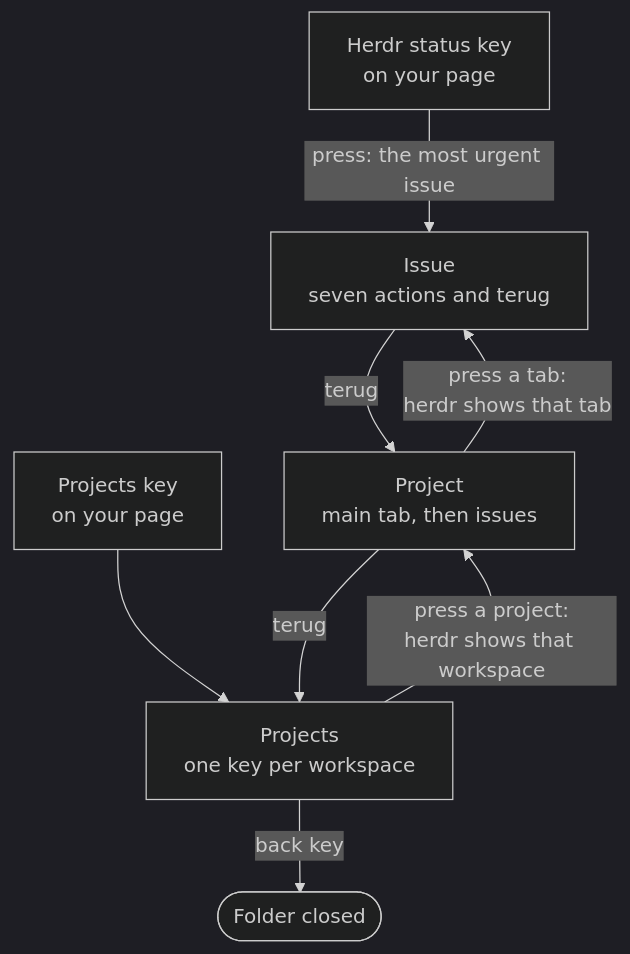
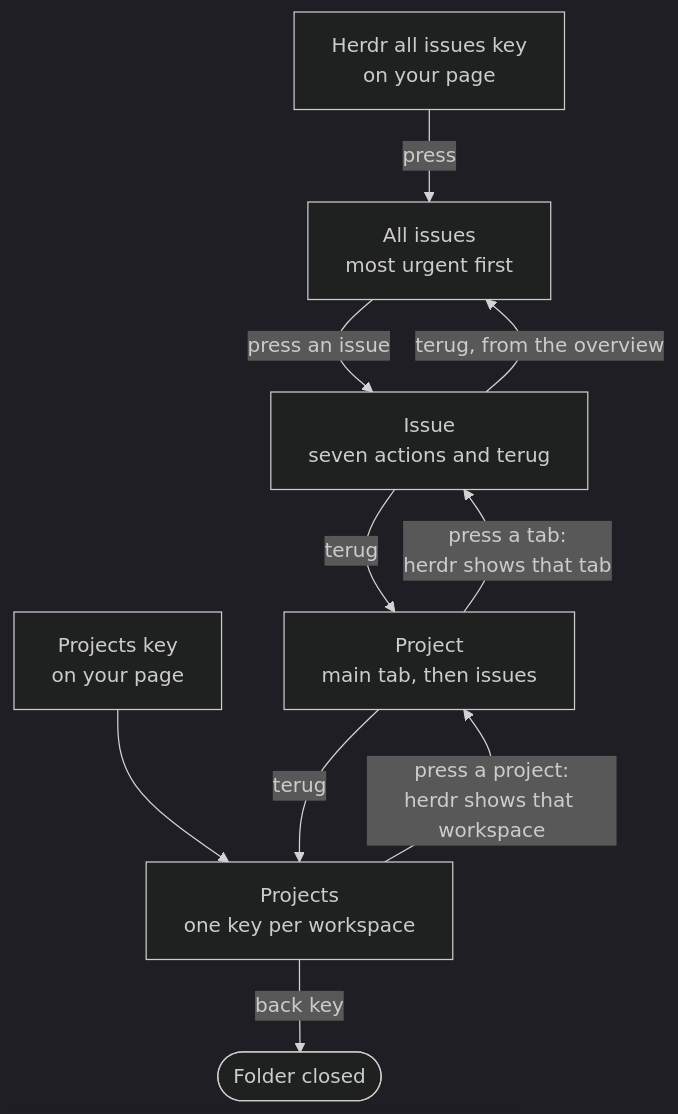
The first of 7 diagrams in docs/flows.md (PieterLuypaert/helm), drawn with Mermaid (dark theme) before and after one commit. The commit also changed other lines of this file and 5 other files, not shown here.

Commit message:
docs: show the All issues key and its overview

````diff
--- a/docs/flows.md
+++ b/docs/flows.md
@@ -47,10 +47,12 @@
 ```mermaid
 flowchart TD
-    status["Herdr status key<br/>on your page"] -->|"press: the most urgent issue"| issue
+    allIssues["Herdr all issues key<br/>on your page"] -->|"press"| overview["All issues<br/>most urgent first"]
+    overview -->|"press an issue"| issue
     key["Projects key<br/>on your page"] --> projects["Projects<br/>one key per workspace"]
     projects -->|"press a project:<br/>herdr shows that workspace"| project["Project<br/>main tab, then issues"]
     project -->|"press a tab:<br/>herdr shows that tab"| issue["Issue<br/>seven actions and terug"]
+    issue -->|"terug, from the overview"| overview
     issue -->|terug| project
     project -->|terug| projects
     projects -->|back key| closed(["Folder closed"])
 ```
````
